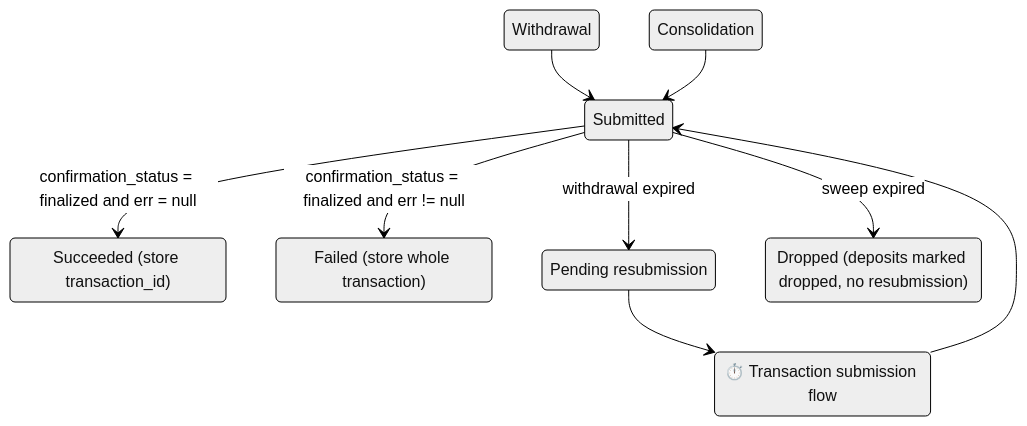
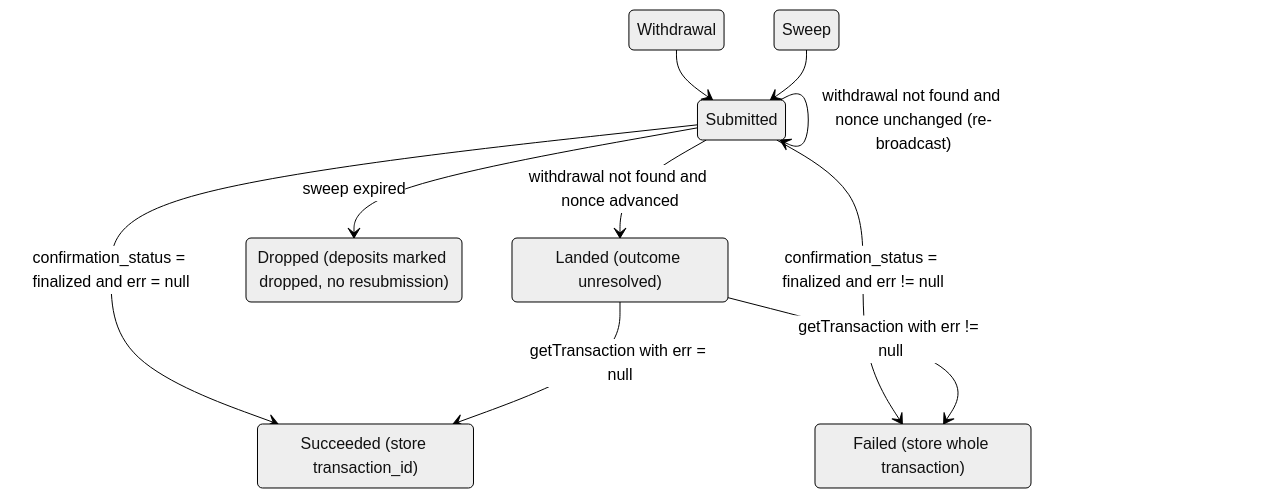
The eighth of 8 diagrams in docs/design.md (dfinity/cksol), drawn with Mermaid (neutral theme) before and after one commit. The commit also changed other lines of this file, not shown here.

````diff
--- a/docs/design.md
+++ b/docs/design.md
@@ -495,17 +588,17 @@
 ```mermaid
 stateDiagram-v2
     Withdrawal --> Submitted
-    Consolidation --> Submitted
-    Submission --> Submitted
+    Sweep --> Submitted
     Submitted --> Succeeded: confirmation_status = finalized and err = null
     Submitted --> Failed: confirmation_status = finalized and err != null
-    Submitted --> PendingResubmission: withdrawal expired
+    Submitted --> Submitted: withdrawal not found and nonce unchanged (re-broadcast)
+    Submitted --> Landed: withdrawal not found and nonce advanced
+    Landed --> Succeeded: getTransaction with err = null
+    Landed --> Failed: getTransaction with err != null
     Submitted --> Dropped: sweep expired
-    PendingResubmission --> Submission
 
-    Submission: ⏱️ Transaction submission flow
     Succeeded: Succeeded (store transaction_id)
     Failed: Failed (store whole transaction)
-    PendingResubmission: Pending resubmission
+    Landed: Landed (outcome unresolved)
     Dropped: Dropped (deposits marked dropped, no resubmission)
 ```
````
